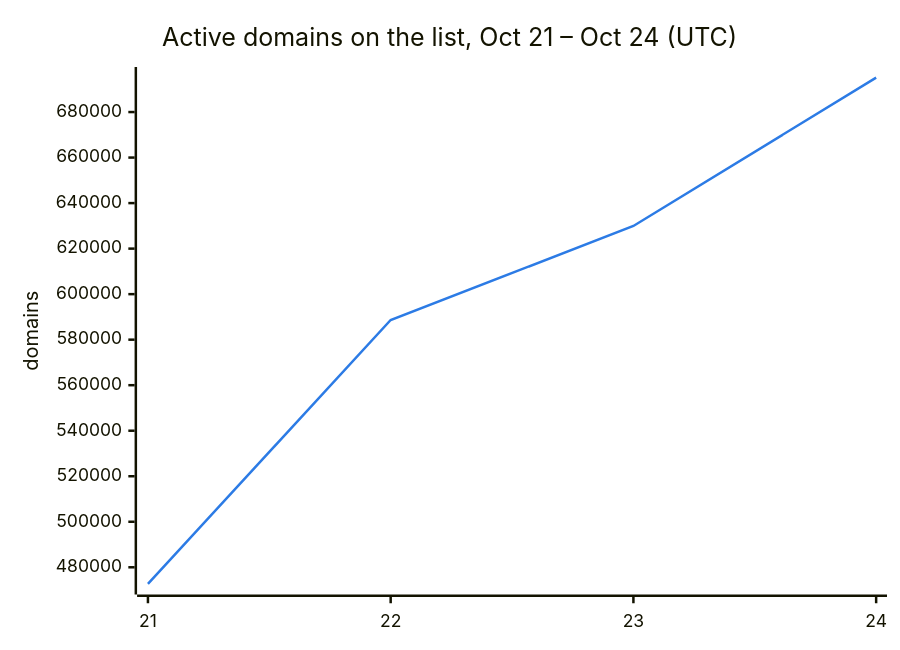
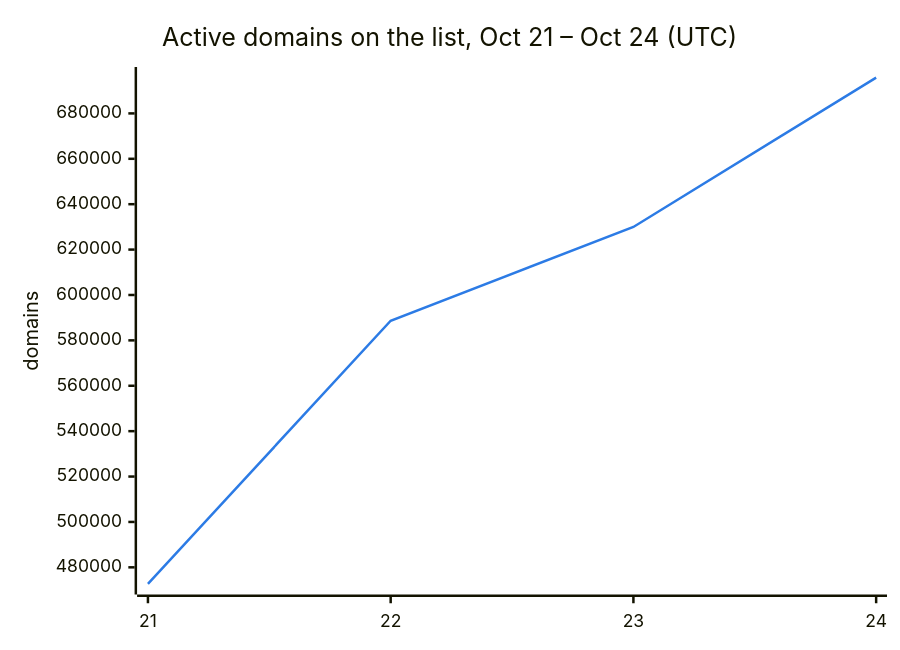
One commit to DNSBunker/CTI changed the second of 3 diagrams in README.md. Above: the diagram before and after it, drawn with Mermaid. The commit also changed other lines of this file and 3 other files, not shown here.

````diff
--- a/README.md
+++ b/README.md
@@ -38,8 +38,8 @@
 ```mermaid
 %%{init: {"themeVariables": {"xyChart": {"plotColorPalette": "#2c7be5"}}}}%%
 xychart-beta
     title "Active domains on the list, Oct 21 – Oct 24 (UTC)"
     x-axis ["21", "22", "23", "24"]
     y-axis "domains"
-    line [472713, 588659, 629951, 695124]
+    line [472713, 588659, 629951, 695765]
 ```
````
